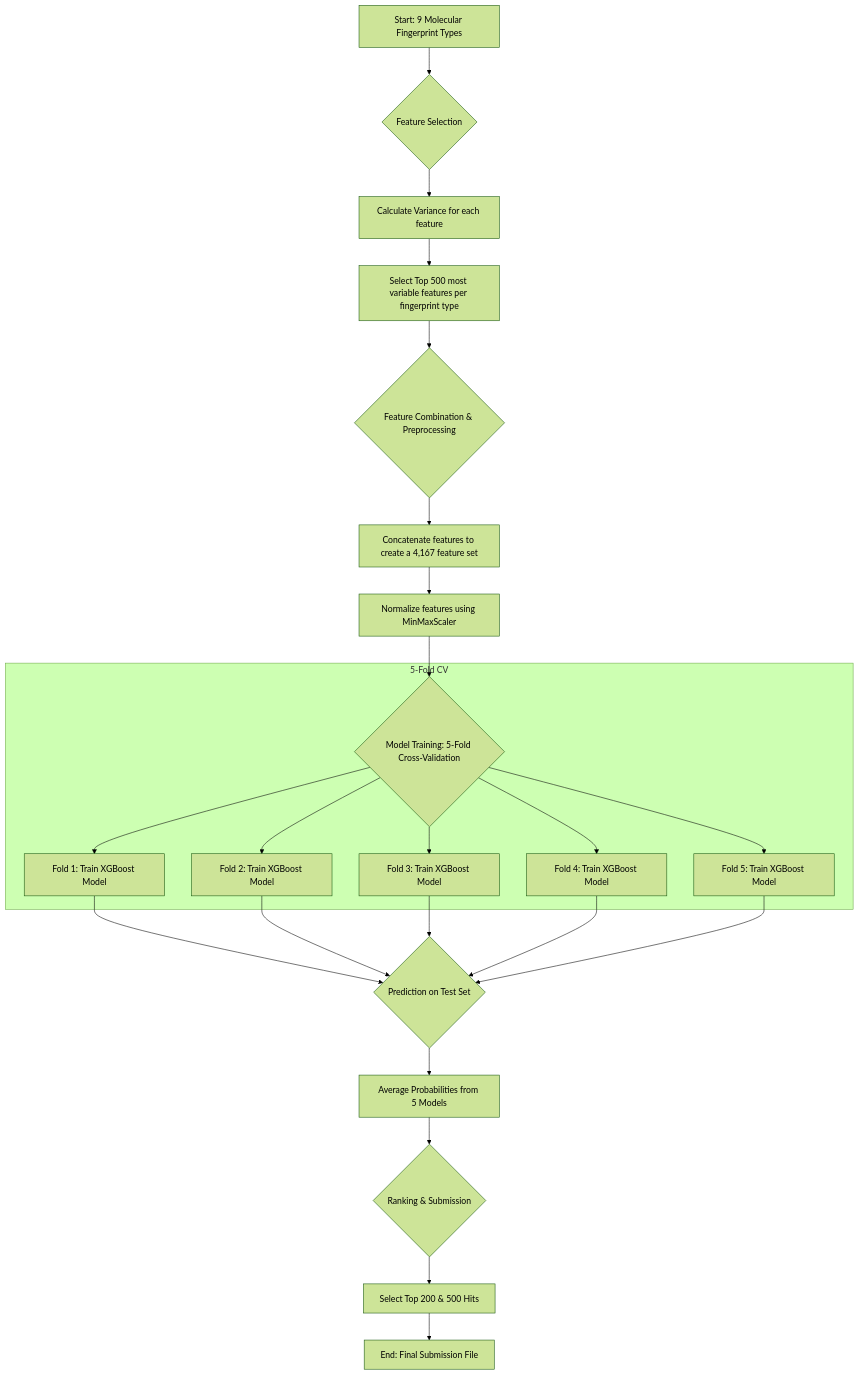
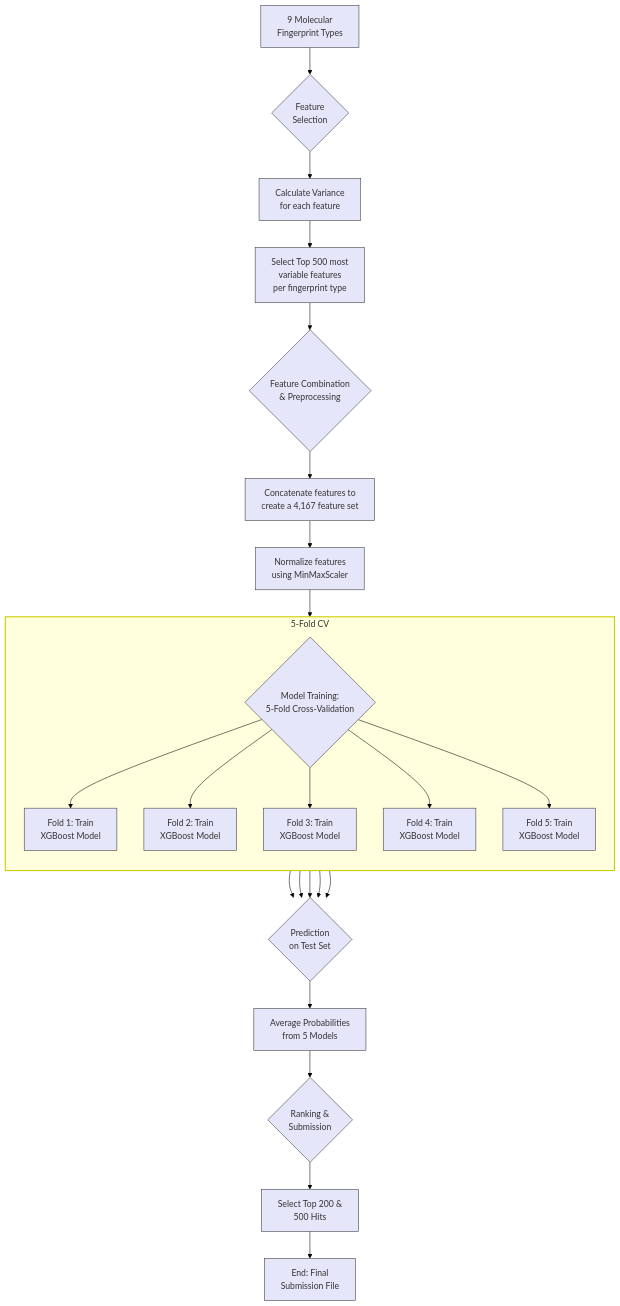
One commit to KutumLab/KutumLab-T035 changed the first of 2 diagrams in STEP-1/README.md. Above: the diagram before and after it, drawn with Mermaid (forest theme). The commit also changed other lines of this file and 3 other files, not shown here.

````diff
--- a/STEP-1/README.md
+++ b/STEP-1/README.md
@@ -22,22 +27,36 @@
 ```mermaid
-graph TD
-    A[Start: 9 Molecular Fingerprint Types] --> B{Feature Selection};
-    B --> C[Calculate Variance for each feature];
-    C --> D[Select Top 500 most variable features per fingerprint type];
-    D --> E{Feature Combination & Preprocessing};
-    E --> F[Concatenate features to create a 4,167 feature set];
-    F --> G[Normalize features using MinMaxScaler];
-    G --> H{Model Training: 5-Fold Cross-Validation};
-    subgraph 5-Fold CV
-        H --> I1[Fold 1: Train XGBoost Model];
-        H --> I2[Fold 2: Train XGBoost Model];
-        H --> I3[Fold 3: Train XGBoost Model];
-        H --> I4[Fold 4: Train XGBoost Model];
-        H --> I5[Fold 5: Train XGBoost Model];
+flowchart TD
+    %% Define Styles
+    classDef purpleBox fill:#e6e6fa,stroke:#333,stroke-width:1px,color:#333;
+    classDef yellowBox fill:#ffffde,stroke:#cccc00,stroke-width:2px,color:#333;
+
+    %% Main Flow
+    A[9 Molecular<br/>Fingerprint Types] --> B{Feature<br/>Selection}
+    B --> C[Calculate Variance<br/>for each feature]
+    C --> D[Select Top 500 most<br/>variable features<br/>per fingerprint type]
+    D --> E{Feature Combination<br/>& Preprocessing}
+    E --> F[Concatenate features to<br/>create a 4,167 feature set]
+    F --> G[Normalize features<br/>using MinMaxScaler]
+    G --> H{Model Training:<br/>5-Fold Cross-Validation}
+
+    %% Subgraph for 5-Fold CV
+    subgraph CV [5-Fold CV]
+        direction TB
+        H --> I1[Fold 1: Train<br/>XGBoost Model]
+        H --> I2[Fold 2: Train<br/>XGBoost Model]
+        H --> I3[Fold 3: Train<br/>XGBoost Model]
+        H --> I4[Fold 4: Train<br/>XGBoost Model]
+        H --> I5[Fold 5: Train<br/>XGBoost Model]
     end
-    I1 & I2 & I3 & I4 & I5 --> J{Prediction on Test Set};
-    J --> K[Average Probabilities from 5 Models];
-    K --> L{Ranking & Submission};
-    L --> M[Select Top 200 & 500 Hits];
-    M --> N[End: Final Submission File];
+
+    %% Convergence and Results
+    I1 & I2 & I3 & I4 & I5 --> J{Prediction<br/>on Test Set}
+    J --> K[Average Probabilities<br/>from 5 Models]
+    K --> L{Ranking &<br/>Submission}
+    L --> M[Select Top 200 &<br/>500 Hits]
+    M --> N[End: Final<br/>Submission File]
+
+    %% Apply Classes
+    class A,B,C,D,E,F,G,H,I1,I2,I3,I4,I5,J,K,L,M,N purpleBox;
+    class CV yellowBox;
 ```
````
